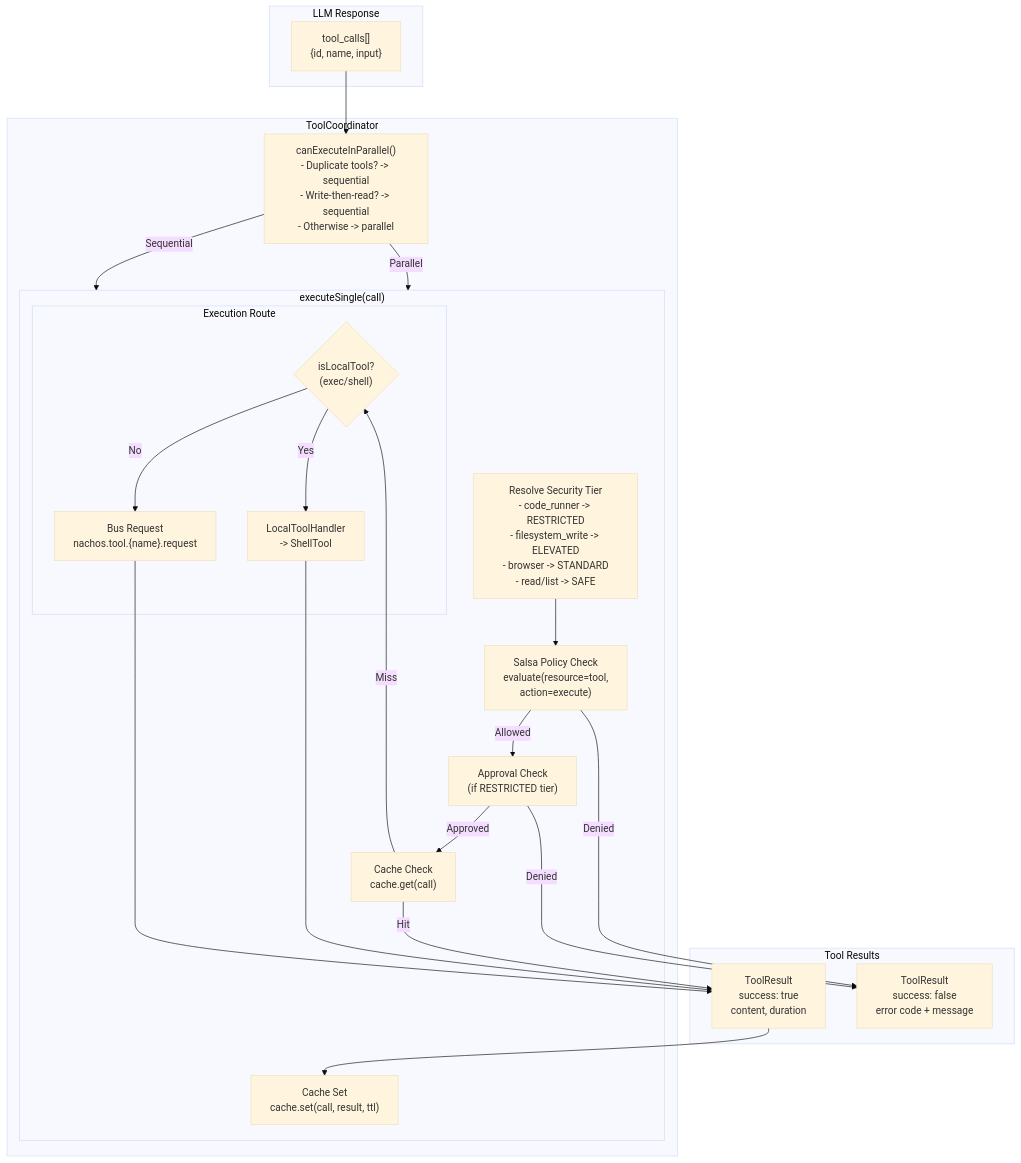
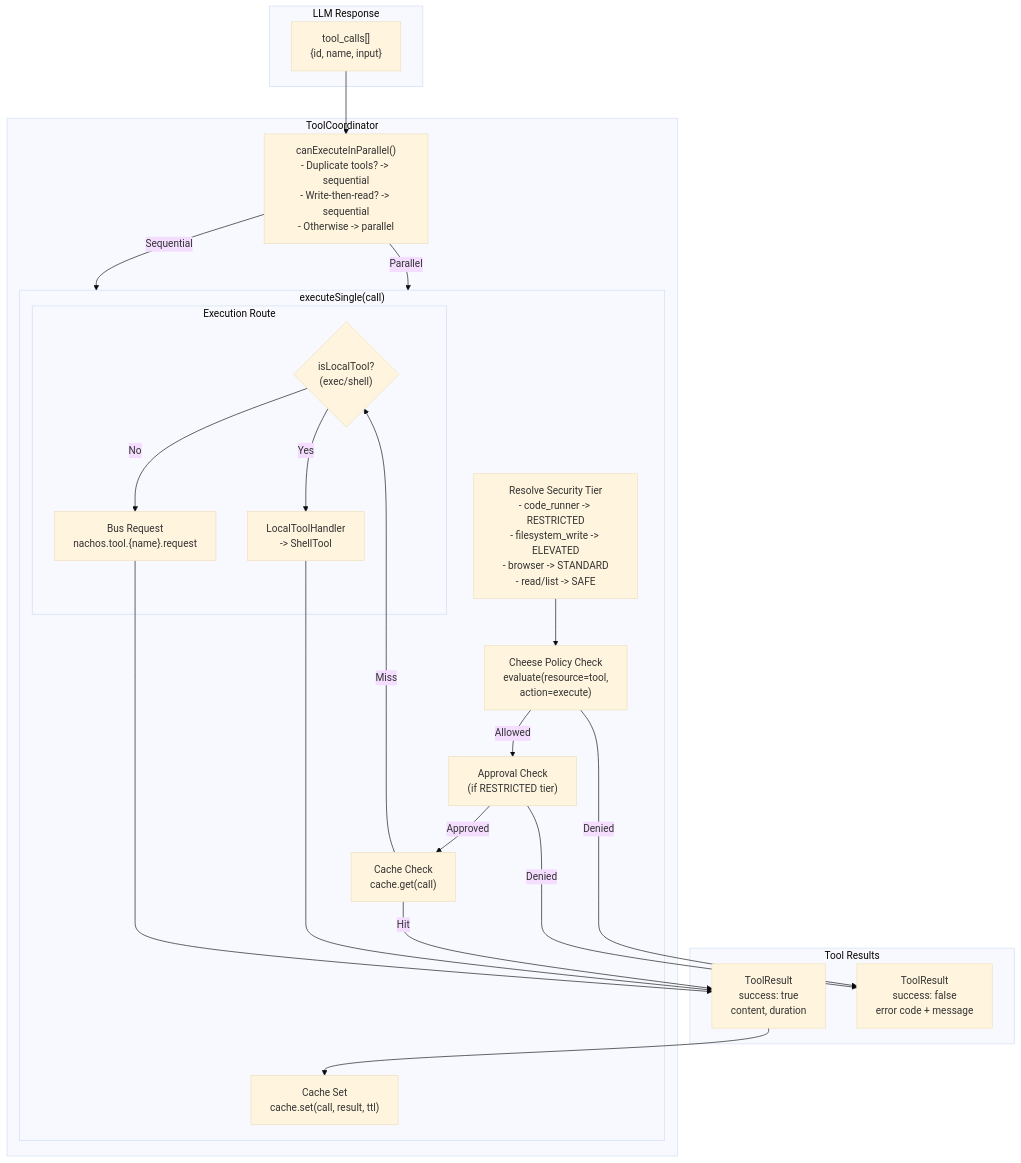
One commit to Nacho-Labs-LLC/nachos-docs changed the ninth of 29 diagrams in internal/diagrams.md. Above: the diagram before and after it, drawn with Mermaid. The commit also changed other lines of this file and 3 other files, not shown here.

Commit message:
salsa -> cheese

````diff
--- a/internal/diagrams.md
+++ b/internal/diagrams.md
@@ -503,50 +503,50 @@
 ```mermaid
 %%{init: {'theme': 'base'}}%%
 
 flowchart TB
     subgraph LLMResponse["LLM Response"]
         ToolCalls["tool_calls[]<br/>{id, name, input}"]
     end
 
     subgraph TC["ToolCoordinator"]
         Detect["canExecuteInParallel()<br/>- Duplicate tools? -> sequential<br/>- Write-then-read? -> sequential<br/>- Otherwise -> parallel"]
 
         subgraph Single["executeSingle(call)"]
             ResolveTier["Resolve Security Tier<br/>- code_runner -> RESTRICTED<br/>- filesystem_write -> ELEVATED<br/>- browser -> STANDARD<br/>- read/list -> SAFE"]
 
-            PolicyCheck["Salsa Policy Check<br/>evaluate(resource=tool,<br/>action=execute)"]
+            PolicyCheck["Cheese Policy Check<br/>evaluate(resource=tool,<br/>action=execute)"]
 
             ApprovalCheck["Approval Check<br/>(if RESTRICTED tier)"]
 
             CacheCheck["Cache Check<br/>cache.get(call)"]
 
             subgraph Route["Execution Route"]
                 IsLocal{"isLocalTool?<br/>(exec/shell)"}
                 Local["LocalToolHandler<br/>-> ShellTool"]
                 Remote["Bus Request<br/>nachos.tool.{name}.request"]
             end
 
             CacheSet["Cache Set<br/>cache.set(call, result, ttl)"]
         end
     end
 
     subgraph Results["Tool Results"]
         Success["ToolResult<br/>success: true<br/>content, duration"]
         Error["ToolResult<br/>success: false<br/>error code + message"]
     end
 
     ToolCalls --> Detect
     Detect -->|Parallel| Single
     Detect -->|Sequential| Single
 
     Single --> ResolveTier --> PolicyCheck
     PolicyCheck -->|Denied| Error
     PolicyCheck -->|Allowed| ApprovalCheck
     ApprovalCheck -->|Denied| Error
     ApprovalCheck -->|Approved| CacheCheck
     CacheCheck -->|Hit| Success
     CacheCheck -->|Miss| IsLocal
     IsLocal -->|Yes| Local --> Success
     IsLocal -->|No| Remote --> Success
     Success --> CacheSet
 ```
````
